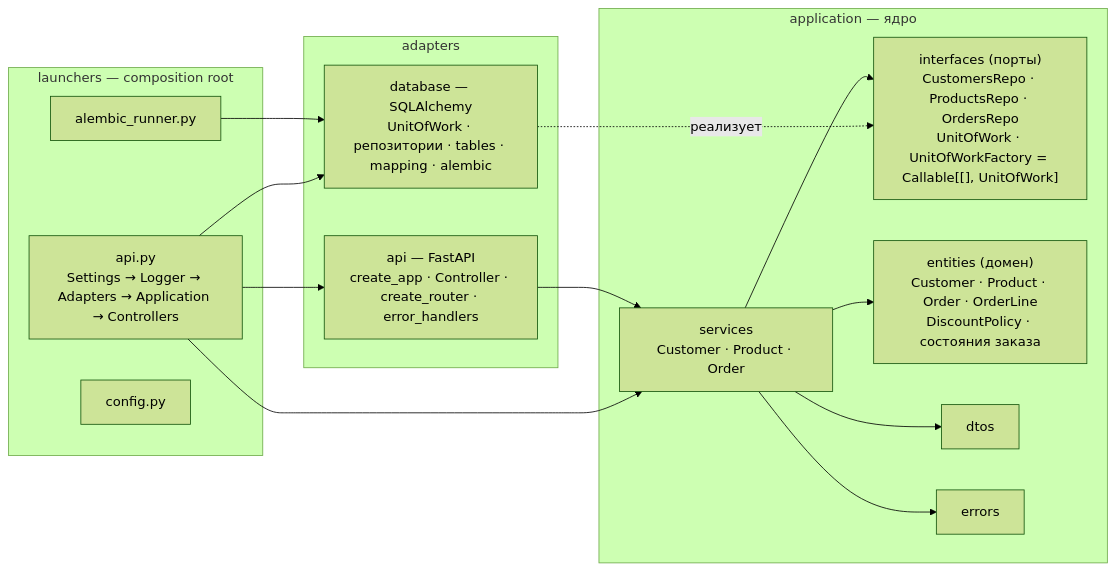
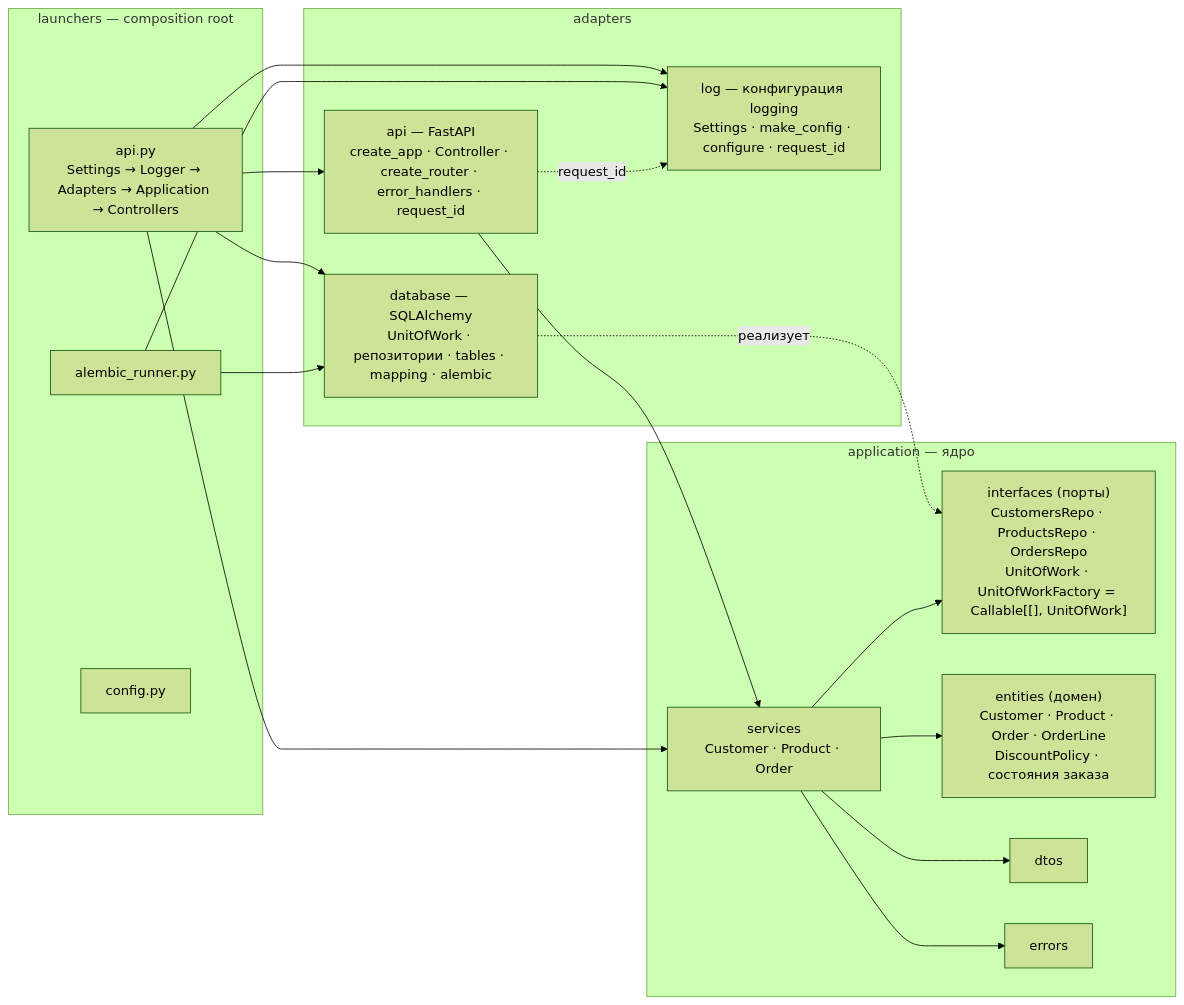
One commit to CHoNChmonich/example changed the first of 3 diagrams in README.md. Above: the diagram before and after it, drawn with Mermaid (forest theme). The commit also changed other lines of this file and 28 other files, not shown here.

````diff
--- a/README.md
+++ b/README.md
@@ -109,29 +109,33 @@
 ```mermaid
 flowchart LR
     subgraph launchers["launchers — composition root"]
         API_L["api.py<br/>Settings → Logger → Adapters → Application → Controllers"]
         ALEMBIC["alembic_runner.py"]
         CONFIG["config.py"]
     end
     subgraph adapters["adapters"]
-        API["api — FastAPI<br/>create_app · Controller · create_router · error_handlers"]
+        API["api — FastAPI<br/>create_app · Controller · create_router · error_handlers · request_id"]
         DB["database — SQLAlchemy<br/>UnitOfWork · репозитории · tables · mapping · alembic"]
+        LOG["log — конфигурация logging<br/>Settings · make_config · configure · request_id"]
     end
     subgraph application["application — ядро"]
         SERVICES["services<br/>Customer · Product · Order"]
         INTERFACES["interfaces (порты)<br/>CustomersRepo · ProductsRepo · OrdersRepo<br/>UnitOfWork · UnitOfWorkFactory = Callable[[], UnitOfWork]"]
         ENTITIES["entities (домен)<br/>Customer · Product · Order · OrderLine<br/>DiscountPolicy · состояния заказа"]
         DTOS["dtos"]
         ERRORS["errors"]
     end
     API_L --> API
     API_L --> DB
     API_L --> SERVICES
     ALEMBIC --> DB
+    API_L --> LOG
+    ALEMBIC --> LOG
+    API -. request_id .-> LOG
     API --> SERVICES
     DB -. реализует .-> INTERFACES
     SERVICES --> INTERFACES
     SERVICES --> ENTITIES
     SERVICES --> DTOS
     SERVICES --> ERRORS
 ```
````
